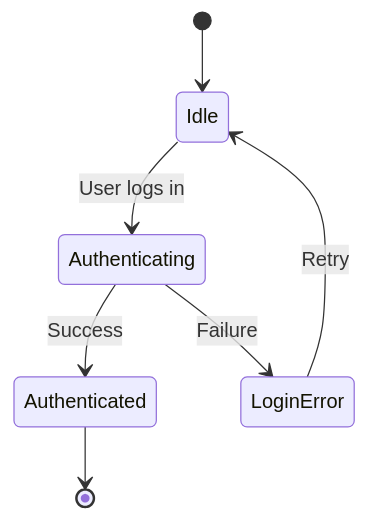
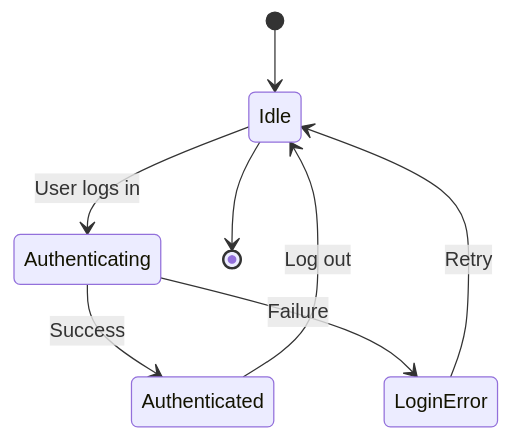
Before and after one commit to vaishvanara/techwritingkb: the diagram in docs/systems-thinking/state-transition.md, drawn with Mermaid. The commit also changed other lines of this file and 26 other files, not shown here.

````diff
--- a/docs/systems-thinking/state-transition.md
+++ b/docs/systems-thinking/state-transition.md
@@ -42,9 +42,10 @@
 ```mermaid
 stateDiagram-v2
     [*] --> Idle
     Idle --> Authenticating : User logs in
     Authenticating --> Authenticated : Success
     Authenticating --> LoginError : Failure
     LoginError --> Idle : Retry
-    Authenticated --> [*]
+    Authenticated --> Idle : Log out
+    Idle --> [*]
 ```
````
